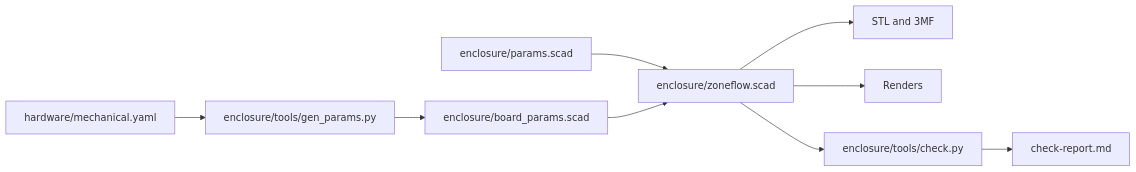
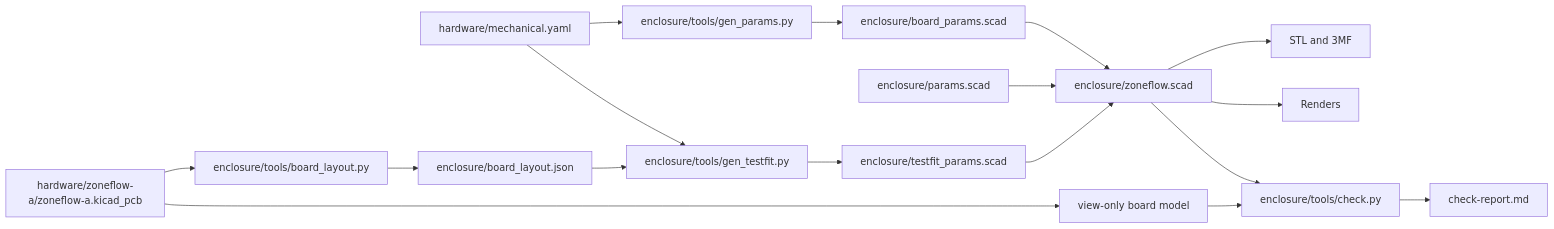
The diagram in docs/design/mechanical.md (syntroniks/zoneflow), drawn with Mermaid before and after one commit. The commit also changed other lines of this file and 107 other files, not shown here.

First line of the commit message:
feat(enclosure): printable test-fit kit generated from the board file (#48)

````diff
--- a/docs/design/mechanical.md
+++ b/docs/design/mechanical.md
@@ -513,11 +518,19 @@
 ```mermaid
 flowchart LR
     Y[hardware/mechanical.yaml] --> G[enclosure/tools/gen_params.py]
     G --> B[enclosure/board_params.scad]
     P[enclosure/params.scad] --> Z[enclosure/zoneflow.scad]
     B --> Z
     Z --> M[STL and 3MF]
     Z --> R[Renders]
     Z --> C[enclosure/tools/check.py]
     C --> K[check-report.md]
+    L[hardware/zoneflow-a/zoneflow-a.kicad_pcb] --> BL[enclosure/tools/board_layout.py]
+    BL --> J[enclosure/board_layout.json]
+    J --> T[enclosure/tools/gen_testfit.py]
+    Y --> T
+    T --> TP[enclosure/testfit_params.scad]
+    TP --> Z
+    L --> D[view-only board model]
+    D --> C
 ```
````
